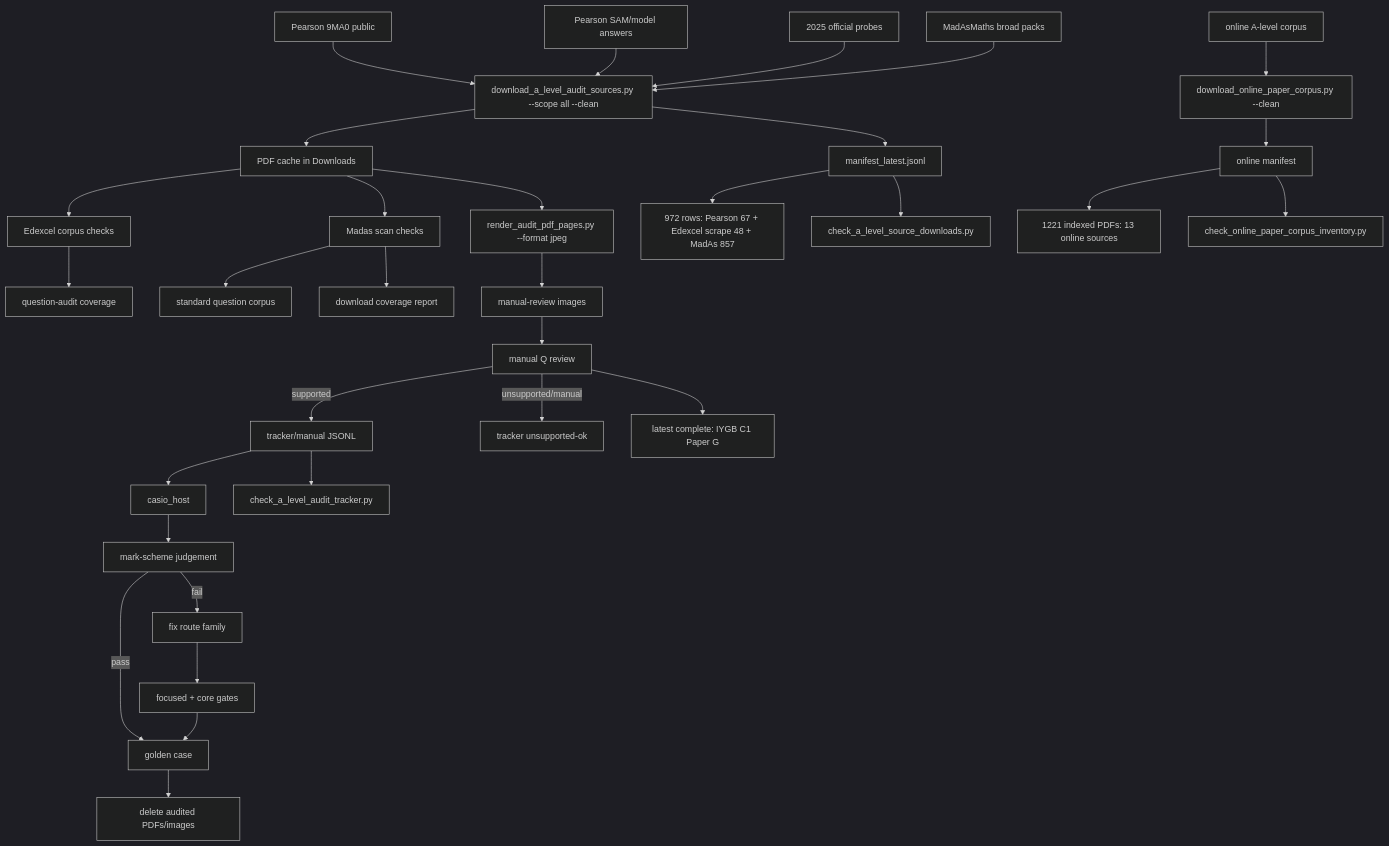
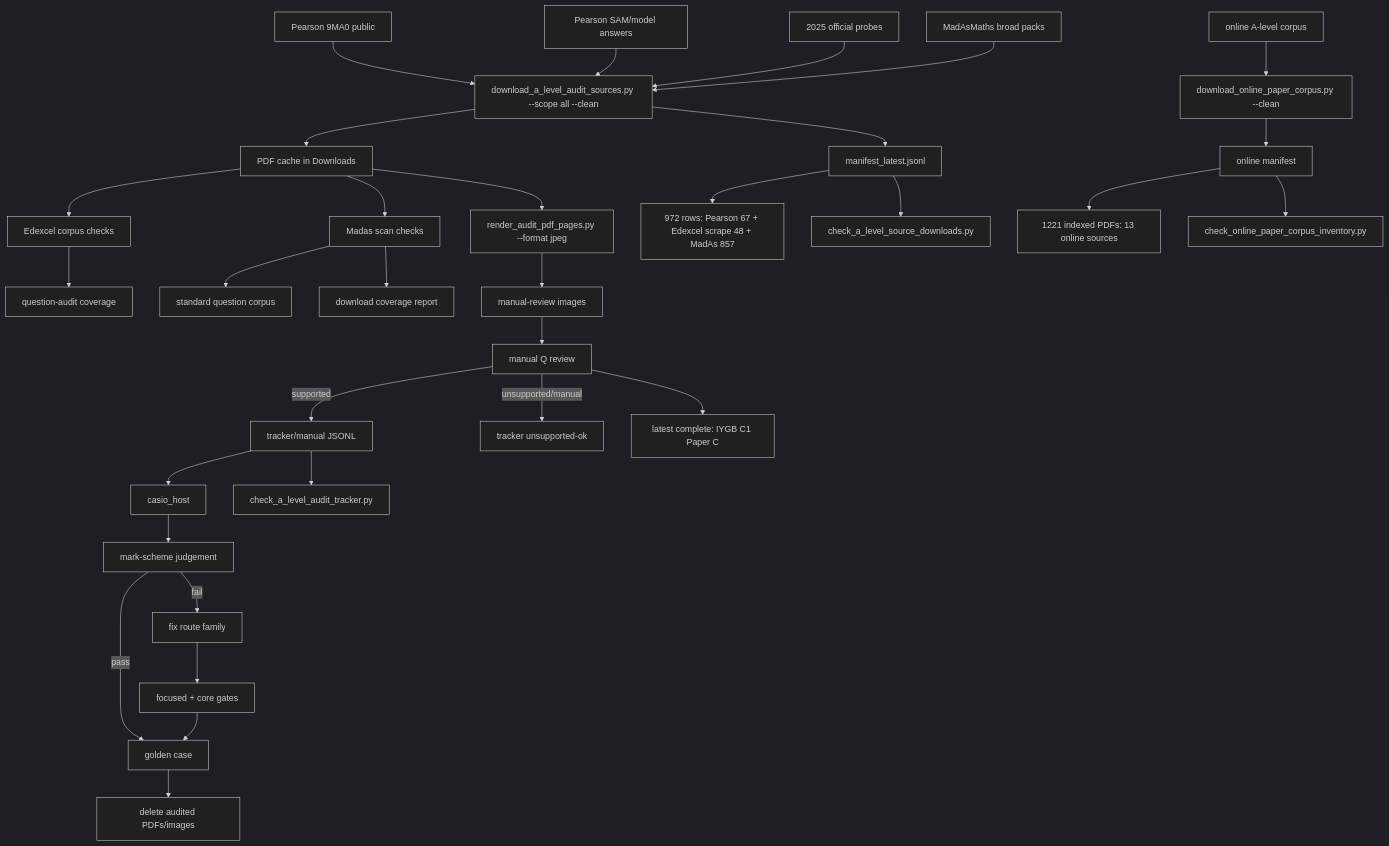
One commit to james8464/notes-addin-casio-fx-cg50 changed the diagram in c++/tools/golden/a_level_audit_graph.md. Above: the diagram before and after it, drawn with Mermaid (dark theme). The commit also changed other lines of this file and 2 other files, not shown here.

Commit message:
Audit IYGB C1 Paper C

````diff
--- a/c++/tools/golden/a_level_audit_graph.md
+++ b/c++/tools/golden/a_level_audit_graph.md
@@ -3,34 +3,34 @@
 ```mermaid
 graph TD
   E1["Pearson 9MA0 public"] --> D["download_a_level_audit_sources.py --scope all --clean"]
   E2["Pearson SAM/model answers"] --> D
   E3["2025 official probes"] --> D
   M1["MadAsMaths broad packs"] --> D
   O1["online A-level corpus"] --> OD["download_online_paper_corpus.py --clean"]
   D --> P["PDF cache in Downloads"]
   D --> X["manifest_latest.jsonl"]
   OD --> OX["online manifest"]
   X --> XC["972 rows: Pearson 67 + Edexcel scrape 48 + MadAs 857"]
   OX --> OC["1221 indexed PDFs: 13 online sources"]
   X --> V["check_a_level_source_downloads.py"]
   OX --> OV["check_online_paper_corpus_inventory.py"]
   P --> E["Edexcel corpus checks"]
   E --> EQ["question-audit coverage"]
   P --> S["Madas scan checks"]
   S --> M["standard question corpus"]
   S --> MC["download coverage report"]
   P --> R["render_audit_pdf_pages.py --format jpeg"]
   R --> I["manual-review images"]
   I --> Q["manual Q review"]
   Q -->|supported| J["tracker/manual JSONL"]
   Q -->|unsupported/manual| U["tracker unsupported-ok"]
   J --> H["casio_host"]
   J --> K["check_a_level_audit_tracker.py"]
   H --> C["mark-scheme judgement"]
   C -->|pass| G["golden case"]
   C -->|fail| F["fix route family"]
   F --> T["focused + core gates"]
   T --> G
   G --> Z["delete audited PDFs/images"]
-  Q --> Qt["latest complete: IYGB C1 Paper G"]
+  Q --> Qt["latest complete: IYGB C1 Paper C"]
 ```
````
